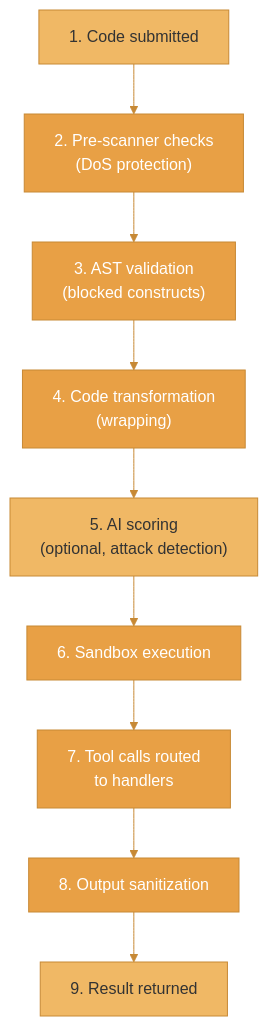
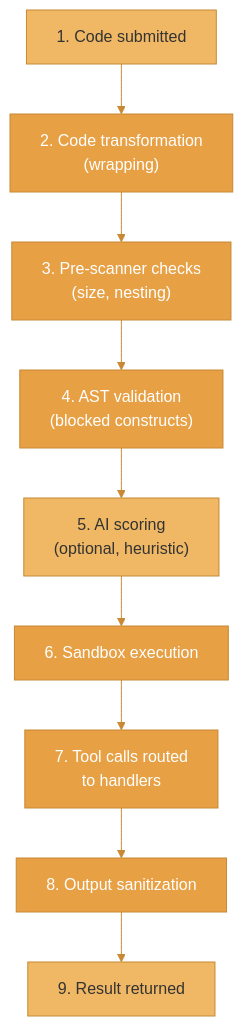
One commit to agentfront/enclave changed the fifth of 6 diagrams in docs/enclave/concepts/architecture.mdx. Above: the diagram before and after it, drawn with Mermaid. The commit also changed other lines of this file and 22 other files, not shown here.

````diff
--- a/docs/enclave/concepts/architecture.mdx
+++ b/docs/enclave/concepts/architecture.mdx
@@ -181,21 +192,21 @@
 ```mermaid
 %%{init: {'theme': 'base', 'themeVariables': { 'primaryColor': '#e8a045', 'primaryTextColor': '#fff', 'primaryBorderColor': '#c78935', 'lineColor': '#c78935', 'secondaryColor': '#f0b865', 'tertiaryColor': '#fff5e6'}}}%%
 flowchart TD
-    S1["1. Code submitted"] --> S2["2. Pre-scanner checks<br/>(DoS protection)"]
-    S2 --> S3["3. AST validation<br/>(blocked constructs)"]
-    S3 --> S4["4. Code transformation<br/>(wrapping)"]
-    S4 --> S5["5. AI scoring<br/>(optional, attack detection)"]
+    S1["1. Code submitted"] --> S2["2. Code transformation<br/>(wrapping)"]
+    S2 --> S3["3. Pre-scanner checks<br/>(size, nesting)"]
+    S3 --> S4["4. AST validation<br/>(blocked constructs)"]
+    S4 --> S5["5. AI scoring<br/>(optional, heuristic)"]
     S5 --> S6["6. Sandbox execution"]
     S6 --> S7["7. Tool calls routed<br/>to handlers"]
     S7 --> S8["8. Output sanitization"]
     S8 --> S9["9. Result returned"]
     style S1 fill:#f0b865,stroke:#c78935,color:#333
     style S2 fill:#e8a045,stroke:#c78935,color:#fff
     style S3 fill:#e8a045,stroke:#c78935,color:#fff
     style S4 fill:#e8a045,stroke:#c78935,color:#fff
     style S5 fill:#f0b865,stroke:#c78935,color:#333
     style S6 fill:#e8a045,stroke:#c78935,color:#fff
     style S7 fill:#e8a045,stroke:#c78935,color:#fff
     style S8 fill:#e8a045,stroke:#c78935,color:#fff
     style S9 fill:#f0b865,stroke:#c78935,color:#333
 ```
````
